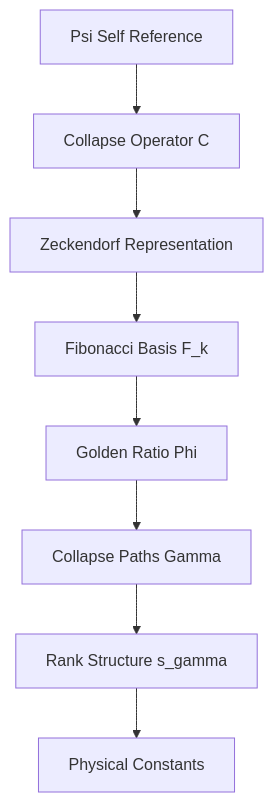
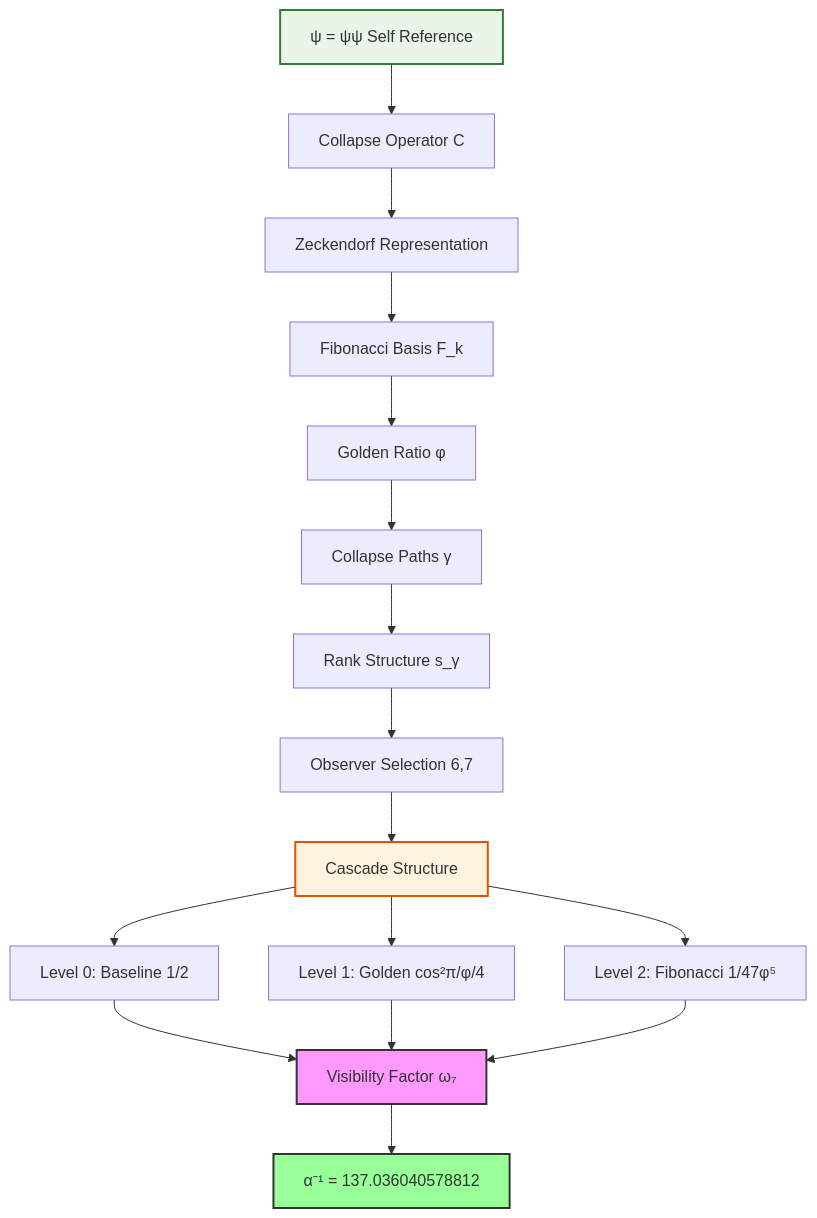
The first of 2 diagrams in docs/psi-constants/part-01-structural-collapse-limits/chapter-001-collapse-limit-constants.md (loning/the-phys), drawn with Mermaid before and after one commit. The commit also changed other lines of this file and 2 other files, not shown here.

````diff
--- a/docs/psi-constants/part-01-structural-collapse-limits/chapter-001-collapse-limit-constants.md
+++ b/docs/psi-constants/part-01-structural-collapse-limits/chapter-001-collapse-limit-constants.md
@@ -45,10 +45,26 @@
 ```mermaid
 graph TD
-    A[Psi Self Reference] --> B[Collapse Operator C]
+    A[ψ = ψψ Self Reference] --> B[Collapse Operator C]
     B --> C[Zeckendorf Representation]
     C --> D[Fibonacci Basis F_k]
-    D --> E[Golden Ratio Phi]
-    E --> F[Collapse Paths Gamma]
-    F --> G[Rank Structure s_gamma]
-    G --> H[Physical Constants]
+    D --> E[Golden Ratio φ]
+    E --> F[Collapse Paths γ]
+    F --> G[Rank Structure s_γ]
+    G --> H[Observer Selection 6,7]
+    
+    H --> I[Cascade Structure]
+    I --> J[Level 0: Baseline 1/2]
+    I --> K[Level 1: Golden cos²π/φ/4]
+    I --> L[Level 2: Fibonacci 1/47φ⁵]
+    
+    J --> M[Visibility Factor ω₇]
+    K --> M
+    L --> M
+    
+    M --> N[α⁻¹ = 137.036040578812]
+    
+    style A fill:#e8f5e8,stroke:#2e7d32,stroke-width:2px
+    style I fill:#fff3e0,stroke:#e65100,stroke-width:2px
+    style M fill:#f9f,stroke:#333,stroke-width:2px
+    style N fill:#9f9,stroke:#333,stroke-width:2px
 ```
````
